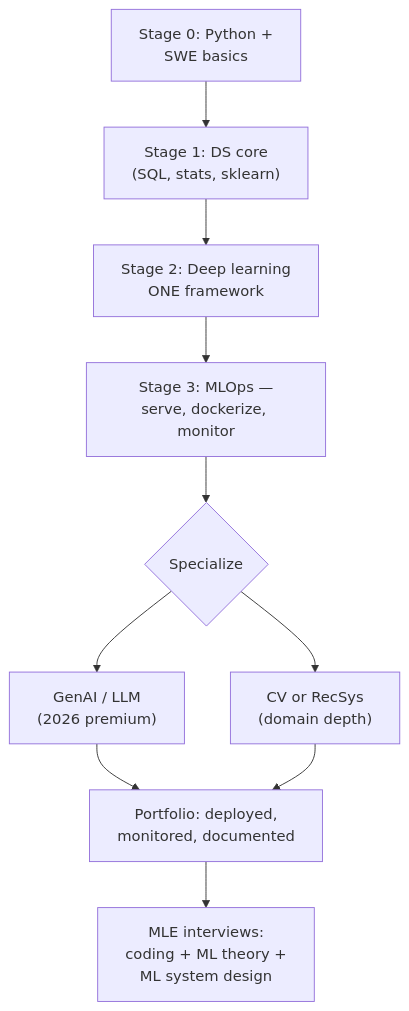
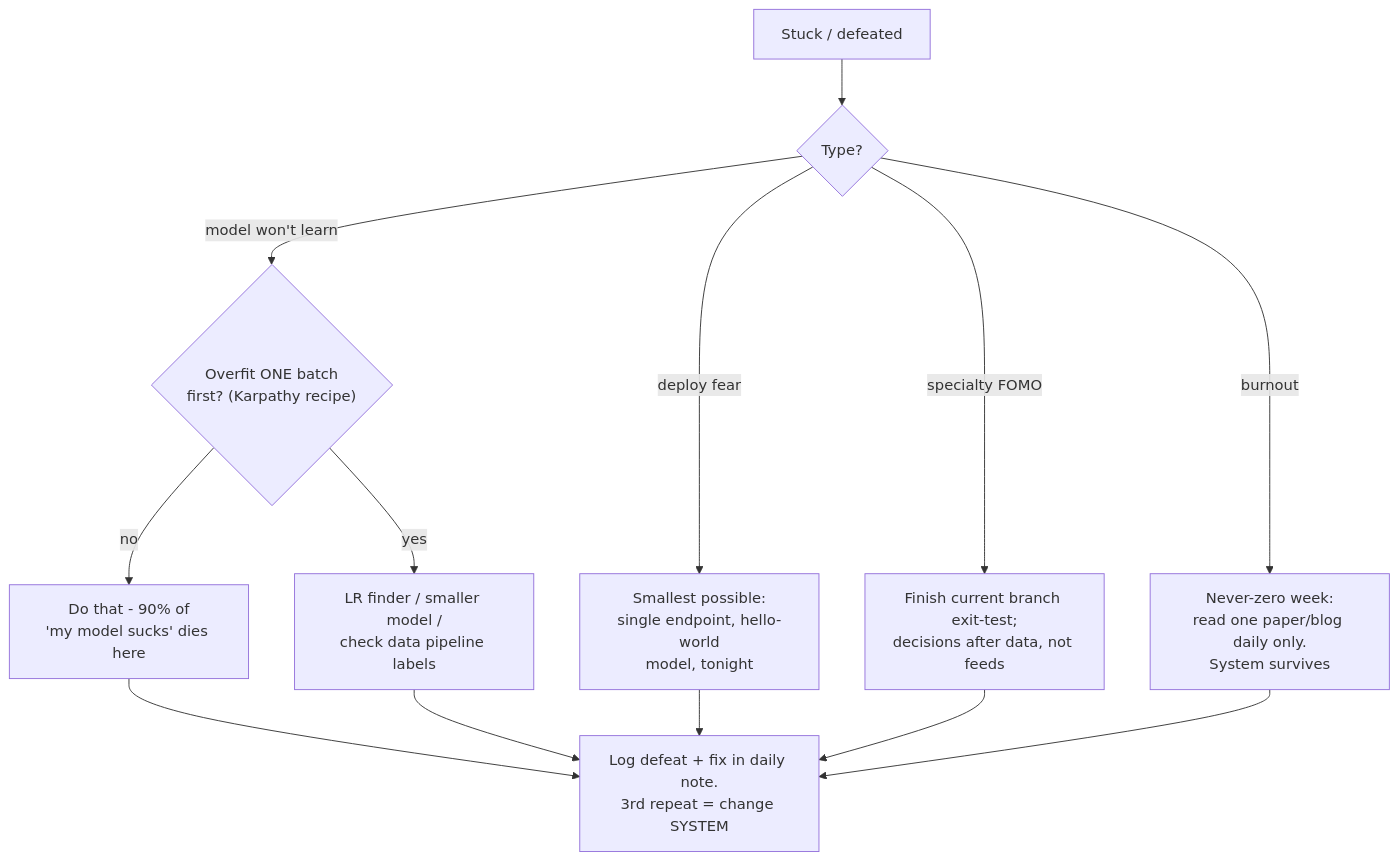
One commit to Anirudh-2810/Second-Brain changed the diagram in wiki/modules/data-science/roadmap-ml-engineer.md. Above: the diagram before and after it, drawn with Mermaid. The commit also changed other lines of this file and 10 other files, not shown here.

Commit message:
feat: deep-edition batches 2-3 - 10 more pages (MLE roadmap, ML interview, math, python path, kaggle, self-teach, question bank, MOOCs, frameworks, topics)

````diff
--- a/wiki/modules/data-science/roadmap-ml-engineer.md
+++ b/wiki/modules/data-science/roadmap-ml-engineer.md
@@ -30,11 +92,11 @@
 ```mermaid
 flowchart TD
-    A["Stage 0: Python +<br/>SWE basics"] --> B["Stage 1: DS core<br/>(SQL, stats, sklearn)"]
-    B --> C["Stage 2: Deep learning<br/>ONE framework"]
-    C --> D["Stage 3: MLOps —<br/>serve, dockerize, monitor"]
-    D --> E{Specialize}
-    E --> F["GenAI / LLM<br/>(2026 premium)"]
-    E --> G["CV or RecSys<br/>(domain depth)"]
-    F & G --> H["Portfolio: deployed,<br/>monitored, documented"]
-    H --> I["MLE interviews:<br/>coding + ML theory +<br/>ML system design"]
+    D["Stuck / defeated"] --> T{"Type?"}
+    T -->|"model won't learn"| L{"Overfit ONE batch<br/>first? (Karpathy recipe)"}
+    L -->|"no"| K["Do that - 90% of<br/>'my model sucks' dies here"]
+    L -->|"yes"| H["LR finder / smaller model /<br/>check data pipeline labels"]
+    T -->|"deploy fear"| S["Smallest possible:<br/>single endpoint, hello-world<br/>model, tonight"]
+    T -->|"specialty FOMO"| F["Finish current branch exit-test;<br/>decisions after data, not feeds"]
+    T -->|"burnout"| B["Never-zero week:<br/>read one paper/blog daily only.<br/>System survives"]
+    K & H & S & F & B --> G["Log defeat + fix in daily note.<br/>3rd repeat = change SYSTEM"]
 ```
````
